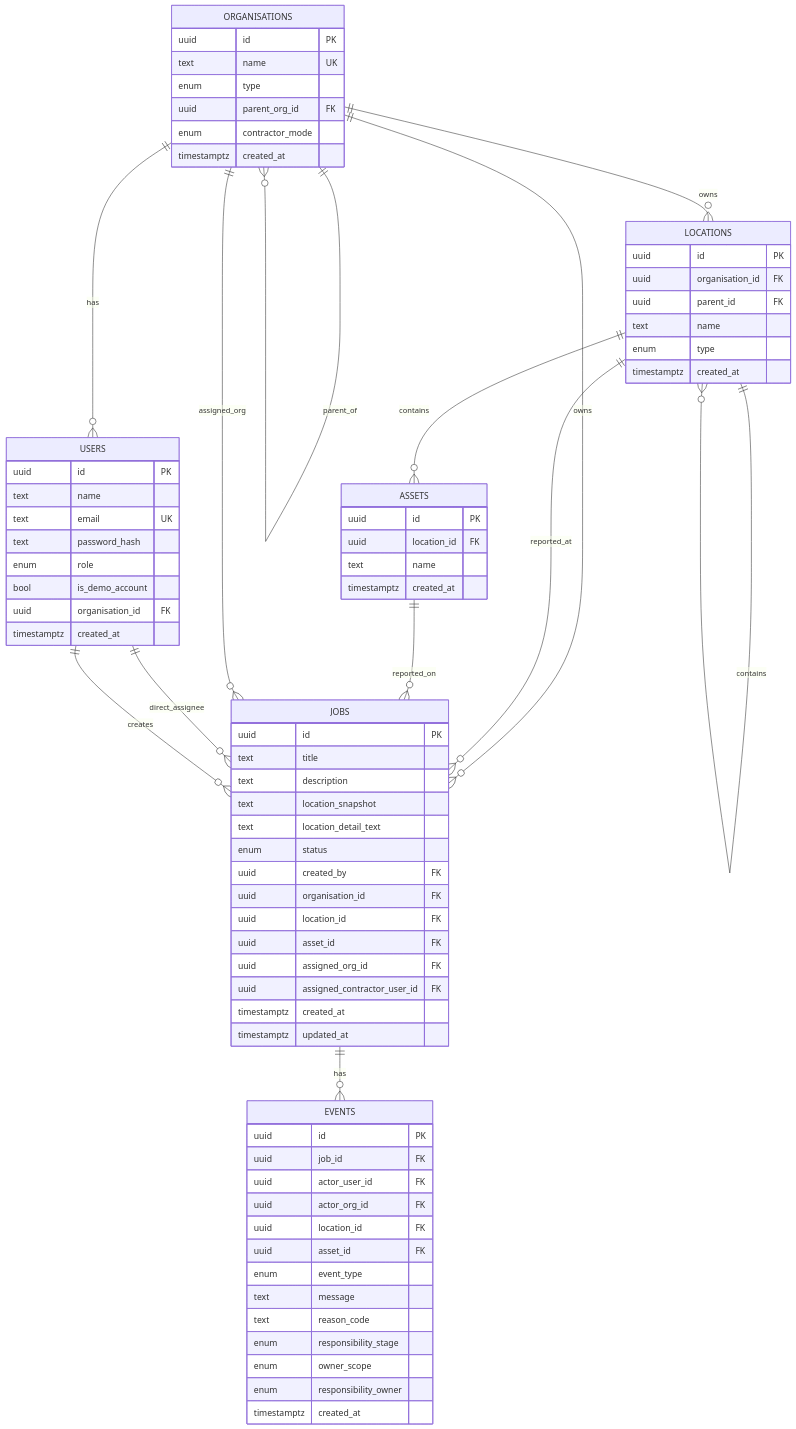
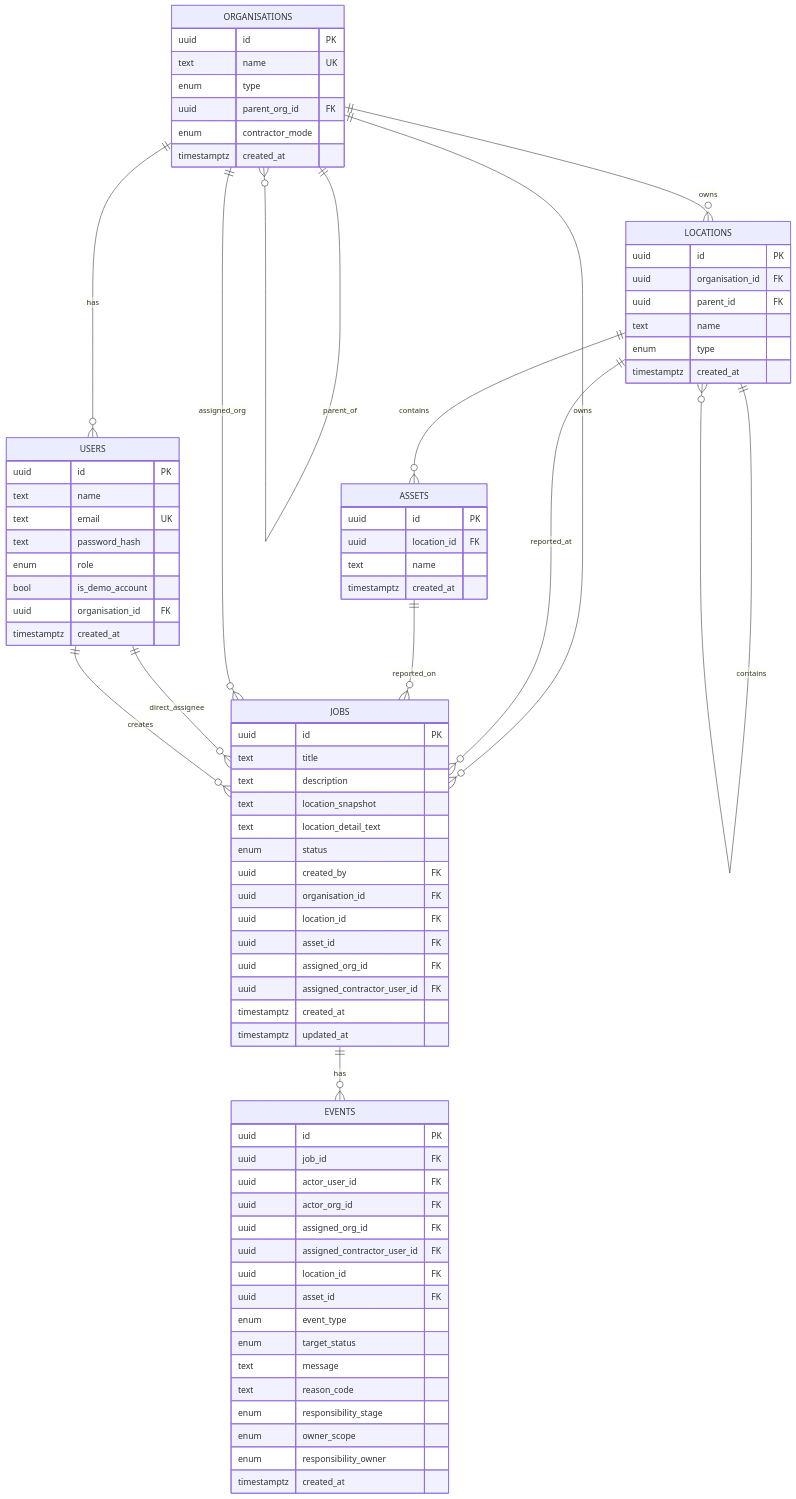
Before and after one commit to papa-halan/fixhub-v1_r: the diagram in README.md, drawn with Mermaid. The commit also changed other lines of this file and 37 other files, not shown here.

```diff
--- a/README.md
+++ b/README.md
@@ -86,9 +90,12 @@
         uuid job_id FK
         uuid actor_user_id FK
         uuid actor_org_id FK
+        uuid assigned_org_id FK
+        uuid assigned_contractor_user_id FK
         uuid location_id FK
         uuid asset_id FK
         enum event_type
+        enum target_status
         text message
         text reason_code
         enum responsibility_stage
```
